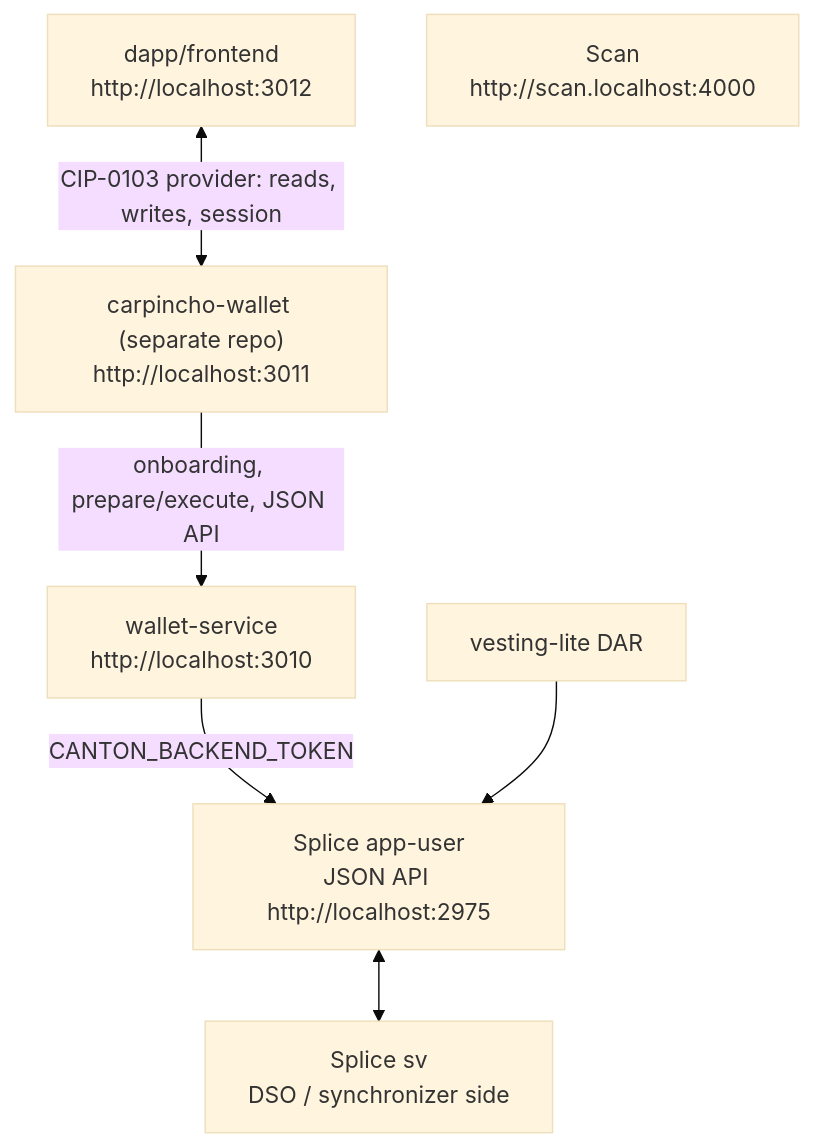
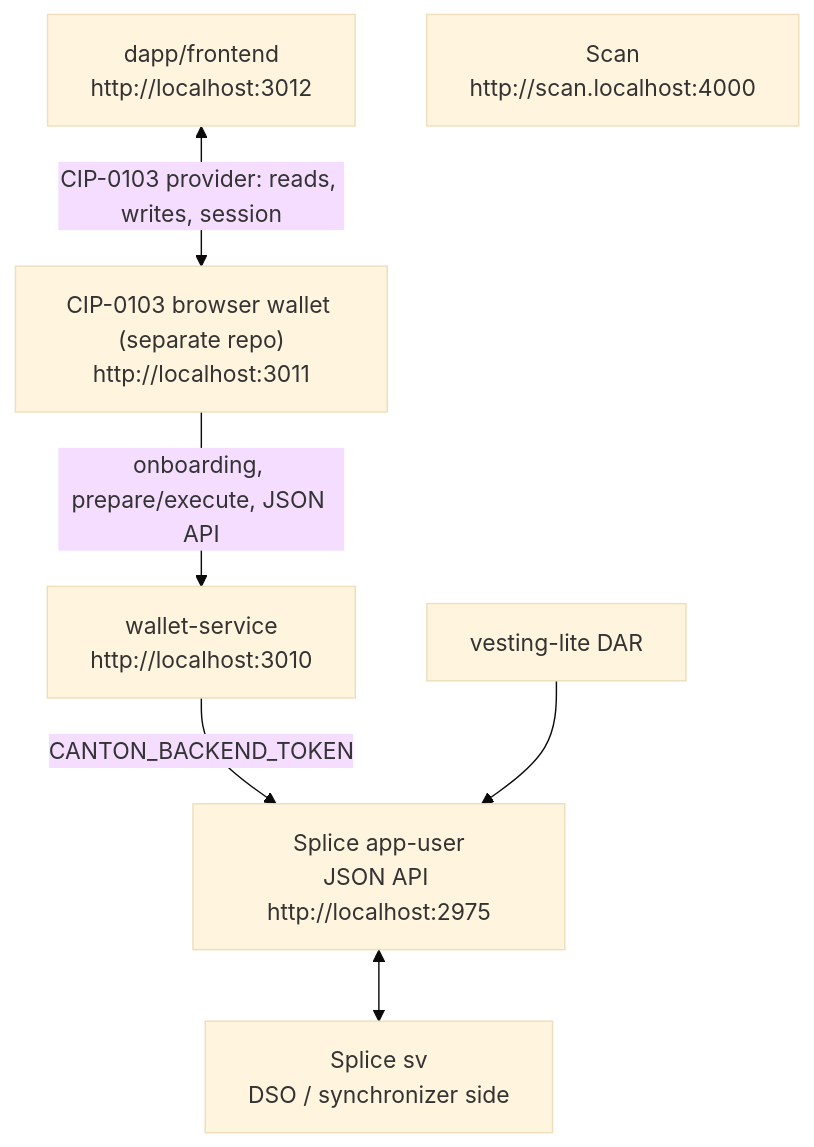
Before and after one commit to BootNodeDev/canton-dappbooster: the diagram in architecture.md, drawn with Mermaid (base theme). The commit also changed other lines of this file and 12 other files, not shown here.

First line of the commit message:
docs: describe the wallet by its CIP-0103 role, not by name

````diff
--- a/architecture.md
+++ b/architecture.md
@@ -17,16 +17,16 @@
 ```mermaid
 flowchart TD
   fe["dapp/frontend<br/>http://localhost:3012"]
-  wallet["carpincho-wallet (separate repo)<br/>http://localhost:3011"]
+  wallet["CIP-0103 browser wallet (separate repo)<br/>http://localhost:3011"]
   ws["wallet-service<br/>http://localhost:3010"]
   au["Splice app-user<br/>JSON API http://localhost:2975"]
   sv["Splice sv<br/>DSO / synchronizer side"]
   scan["Scan<br/>http://scan.localhost:4000"]
   dar["vesting-lite DAR"]
 
   fe <-->|"CIP-0103 provider: reads, writes, session"| wallet
   wallet -->|"onboarding, prepare/execute, JSON API"| ws
   ws -->|"CANTON_BACKEND_TOKEN"| au
   au <--> sv
   dar --> au
 ```
````
